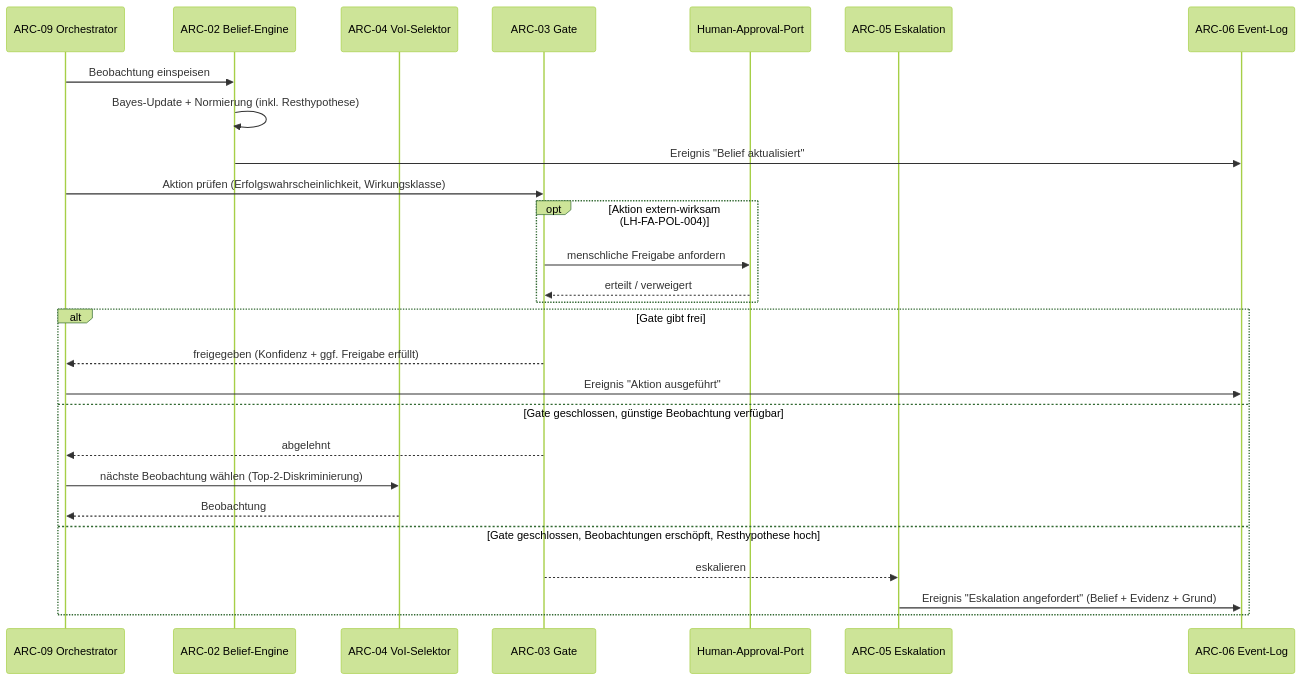
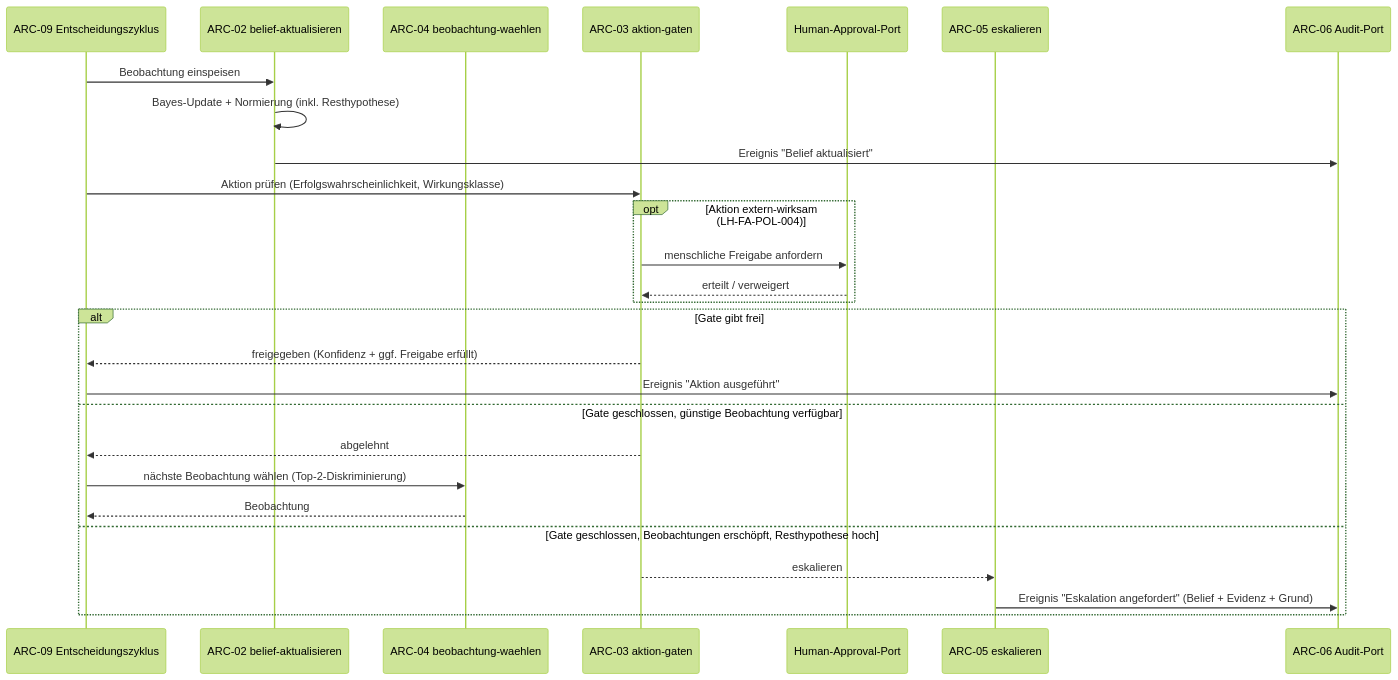
The second of 2 diagrams in spec/architecture.md (pt9912/belief-agent), drawn with Mermaid (forest theme) before and after one commit. The commit also changed other lines of this file and 2 other files, not shown here.

First line of the commit message:
spec+adr: HexSlice-Architektur (ADR-0003 + architecture.md)

````diff
--- a/spec/architecture.md
+++ b/spec/architecture.md
@@ -101,30 +132,30 @@
 ```mermaid
 sequenceDiagram
-    participant Runtime as ARC-09 Orchestrator
-    participant Engine as ARC-02 Belief-Engine
-    participant VoI as ARC-04 VoI-Selektor
-    participant Gate as ARC-03 Gate
+    participant Runtime as ARC-09 Entscheidungszyklus
+    participant Engine as ARC-02 belief-aktualisieren
+    participant VoI as ARC-04 beobachtung-waehlen
+    participant Gate as ARC-03 aktion-gaten
     participant Appr as Human-Approval-Port
-    participant Esk as ARC-05 Eskalation
-    participant Audit as ARC-06 Event-Log
+    participant Esk as ARC-05 eskalieren
+    participant Audit as ARC-06 Audit-Port
 
     Runtime->>Engine: Beobachtung einspeisen
     Engine->>Engine: Bayes-Update + Normierung (inkl. Resthypothese)
     Engine->>Audit: Ereignis "Belief aktualisiert"
     Runtime->>Gate: Aktion prüfen (Erfolgswahrscheinlichkeit, Wirkungsklasse)
     opt Aktion extern-wirksam (LH-FA-POL-004)
         Gate->>Appr: menschliche Freigabe anfordern
         Appr-->>Gate: erteilt / verweigert
     end
     alt Gate gibt frei
         Gate-->>Runtime: freigegeben (Konfidenz + ggf. Freigabe erfüllt)
         Runtime->>Audit: Ereignis "Aktion ausgeführt"
     else Gate geschlossen, günstige Beobachtung verfügbar
         Gate-->>Runtime: abgelehnt
         Runtime->>VoI: nächste Beobachtung wählen (Top-2-Diskriminierung)
         VoI-->>Runtime: Beobachtung
     else Gate geschlossen, Beobachtungen erschöpft, Resthypothese hoch
         Gate-->>Esk: eskalieren
         Esk->>Audit: Ereignis "Eskalation angefordert" (Belief + Evidenz + Grund)
     end
 ```
````
